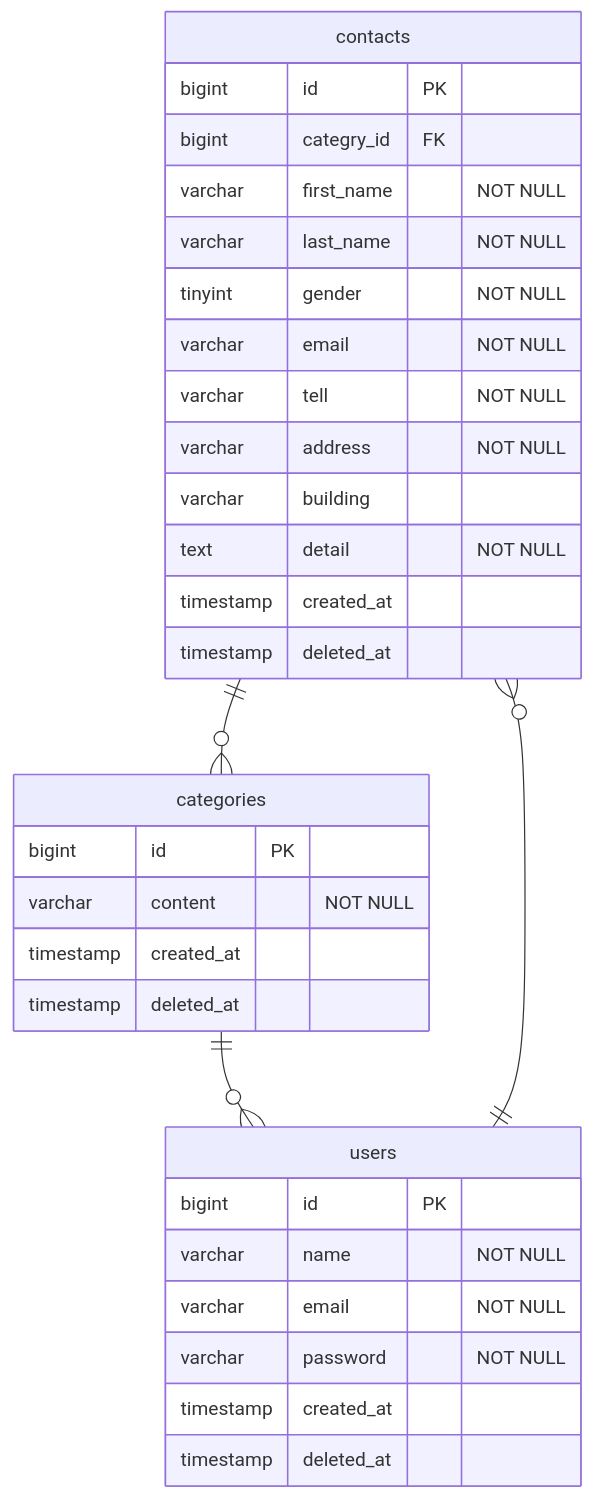
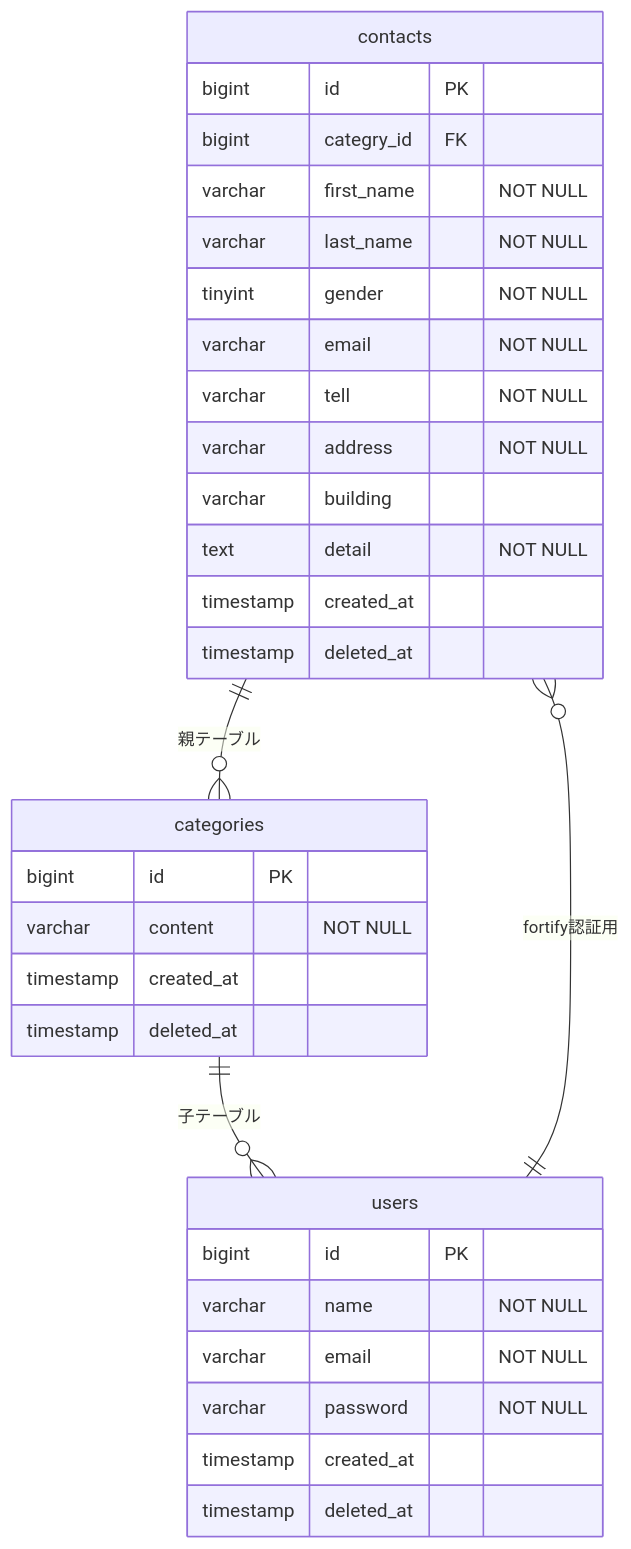
One commit to yukit4mu/test_contact-form changed the diagram in README.md. Above: the diagram before and after it, drawn with Mermaid. The commit also changed other lines of this file and 1 other file, not shown here.

````diff
--- a/README.md
+++ b/README.md
@@ -19,37 +23,37 @@
 ```mermaid
 erDiagram
-  contacts ||--o{categories : ""
-  categories ||--o{users: ""
-  users ||--o{contacts: ""
+  contacts ||--o{categories : "親テーブル"
+  categories ||--o{users: "子テーブル"
+  users ||--o{contacts: "fortify認証用"
 
   contacts {
     bigint id PK
     bigint categry_id FK
     varchar first_name "NOT NULL"
     varchar last_name "NOT NULL"
     tinyint gender "NOT NULL"
     varchar email "NOT NULL"
     varchar tell "NOT NULL"
     varchar address "NOT NULL"
     varchar building
     text detail "NOT NULL"
     timestamp created_at
     timestamp deleted_at
   }
 
    categories{
     bigint id PK
     varchar content "NOT NULL"
     timestamp created_at
     timestamp deleted_at
   }
 
   users {
     bigint id PK
     varchar name "NOT NULL"
     varchar email "NOT NULL"
     varchar password "NOT NULL"
     timestamp created_at
     timestamp deleted_at
   }
 ```
````
